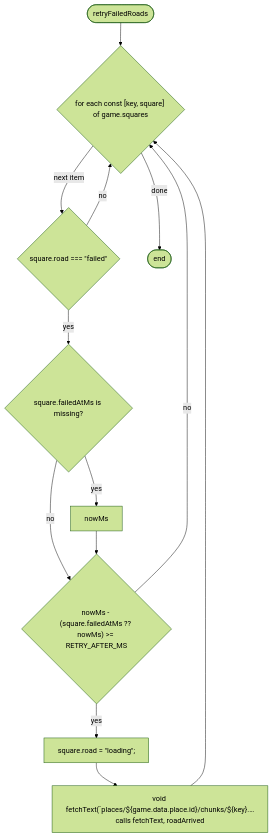
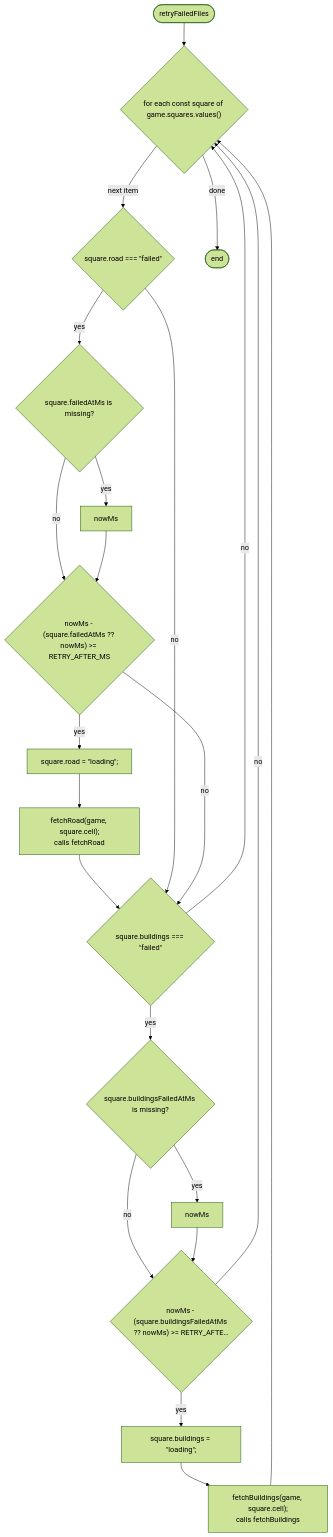
One commit to NewDara-Star/world-engine changed the ninth of 10 diagrams in docs/flows/src/game/streaming.md. Above: the diagram before and after it, drawn with Mermaid (forest theme). The commit also changed other lines of this file and 306 other files, not shown here.

````diff
--- a/docs/flows/src/game/streaming.md
+++ b/docs/flows/src/game/streaming.md
@@ -163,24 +269,39 @@
 ```mermaid
 flowchart TD
-  n1(["retryFailedRoads"])
-  n2{"for each const [key, square] of game.squares"}
+  n1(["retryFailedFiles"])
+  n2{"for each const square of game.squares.values()"}
   n3{"square.road === #quot;failed#quot;"}
   n4{"square.failedAtMs is missing?"}
   n5["nowMs"]
   n6{"nowMs - (square.failedAtMs ?? nowMs) #gt;= RETRY_AFTER_MS"}
   n7["square.road = #quot;loading#quot;;"]
-  n8["void fetchText(#96;places/${game.data.place.id}/chunks/${key}.…<br/>calls fetchText, roadArrived"]
-  n9(["end"])
+  n8["fetchRoad(game, square.cell);<br/>calls fetchRoad"]
+  n9{"square.buildings === #quot;failed#quot;"}
+  n10{"square.buildingsFailedAtMs is missing?"}
+  n11["nowMs"]
+  n12{"nowMs - (square.buildingsFailedAtMs ?? nowMs) #gt;= RETRY_AFTE…"}
+  n13["square.buildings = #quot;loading#quot;;"]
+  n14["fetchBuildings(game, square.cell);<br/>calls fetchBuildings"]
+  n15(["end"])
   n1 --> n2
   n2 -->|"next item"| n3
   n3 -->|"yes"| n4
   n4 -->|"yes"| n5
   n4 -->|"no"| n6
   n5 --> n6
   n6 -->|"yes"| n7
   n7 --> n8
-  n8 --> n2
-  n3 -->|"no"| n2
-  n6 -->|"no"| n2
-  n2 -->|"done"| n9
+  n8 --> n9
+  n3 -->|"no"| n9
+  n6 -->|"no"| n9
+  n9 -->|"yes"| n10
+  n10 -->|"yes"| n11
+  n10 -->|"no"| n12
+  n11 --> n12
+  n12 -->|"yes"| n13
+  n13 --> n14
+  n14 --> n2
+  n9 -->|"no"| n2
+  n12 -->|"no"| n2
+  n2 -->|"done"| n15
 ```
````
